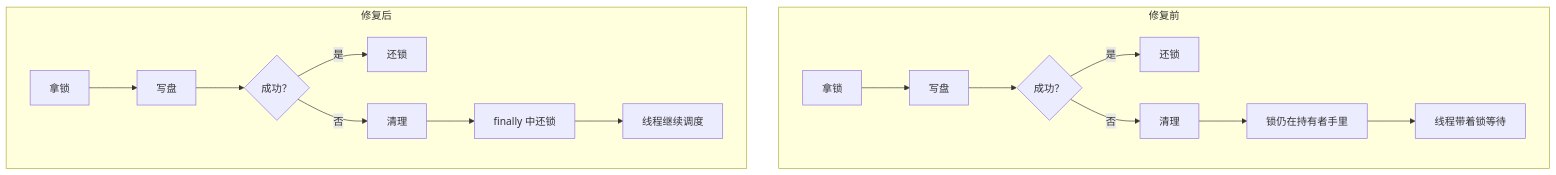
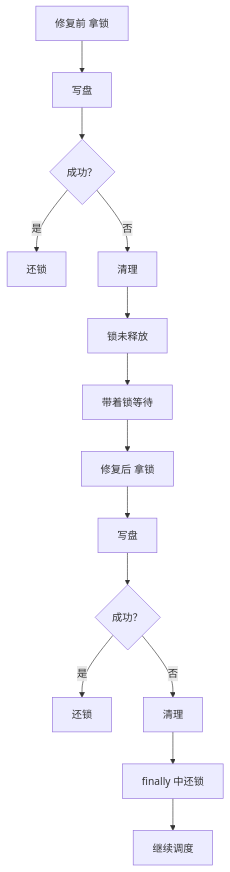
Before and after one commit to hub138/technical-knowledge: the first of 2 diagrams in vault/工程知识/缺陷分析：从个案到体系/稳定性/案例十二：调度线程的永久等待——广播写锁不释放.md, drawn with Mermaid. The commit also changed other lines of this file and 622 other files, not shown here.

````diff
--- a/vault/工程知识/缺陷分析：从个案到体系/稳定性/案例十二：调度线程的永久等待——广播写锁不释放.md
+++ b/vault/工程知识/缺陷分析：从个案到体系/稳定性/案例十二：调度线程的永久等待——广播写锁不释放.md
@@ -82,13 +99,9 @@
 ```mermaid
 flowchart TB
-    subgraph before["修复前"]
-        b1["拿锁"] --> b2["写盘"] --> b3{"成功？"}
-        b3 -->|是| b4["还锁"]
-        b3 -->|否| b5["清理"] --> b6["锁仍在持有者手里"] --> b7["线程带着锁等待"]
-    end
-    subgraph after["修复后"]
-        a1["拿锁"] --> a2["写盘"] --> a3{"成功？"}
-        a3 -->|是| a4["还锁"]
-        a3 -->|否| a5["清理"] --> a6["finally 中还锁"] --> a7["线程继续调度"]
-    end
+    b1["修复前 拿锁"] --> b2["写盘"] --> b3{"成功？"}
+    b3 -->|是| b4["还锁"]
+    b3 -->|否| b5["清理"] --> b6["锁未释放"] --> b7["带着锁等待"]
+    b7 --> a1["修复后 拿锁"] --> a2["写盘"] --> a3{"成功？"}
+    a3 -->|是| a4["还锁"]
+    a3 -->|否| a5["清理"] --> a6["finally 中还锁"] --> a7["继续调度"]
 ```
````
